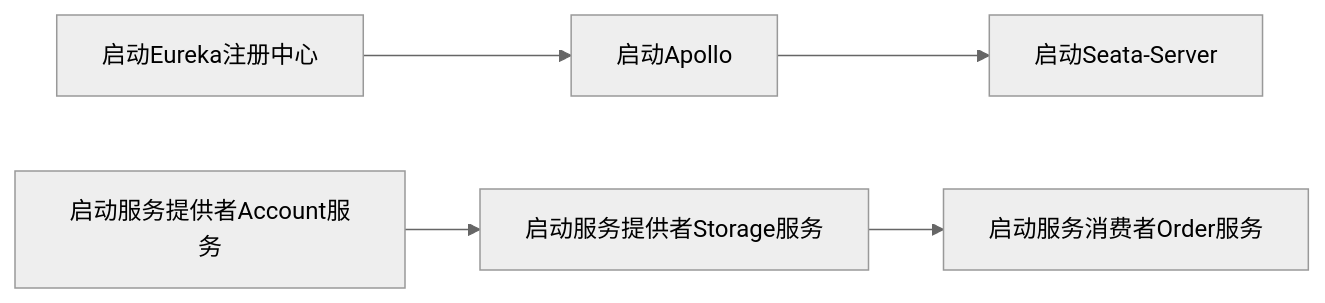
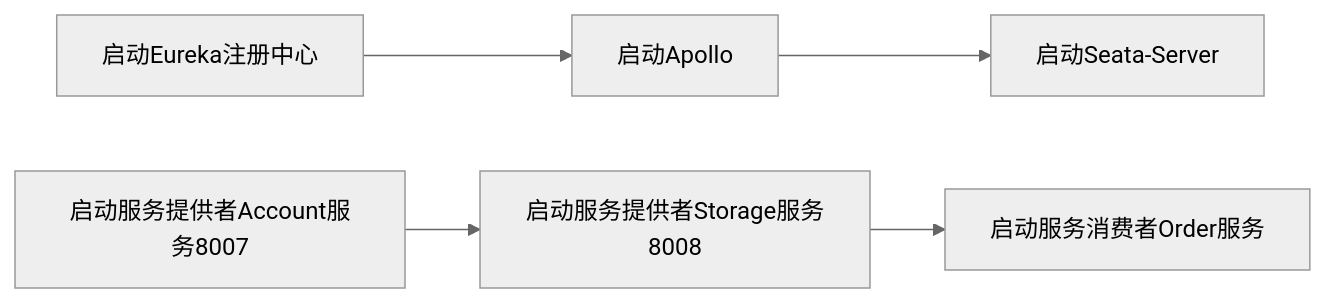
Before and after one commit to lingwh1995/books: diagram 26 of 26 in backend/springcloud/springcloud-eureka/springcloud-eureka.md, drawn with Mermaid (neutral theme). The commit also changed other lines of this file, not shown here.

Commit message:
更新内容

````diff
--- a/backend/springcloud/springcloud-eureka/springcloud-eureka.md
+++ b/backend/springcloud/springcloud-eureka/springcloud-eureka.md
@@ -2186,7 +2186,7 @@
 ```mermaid
 flowchart LR
     启动Eureka注册中心-->启动Apollo
 	启动Apollo-->启动Seata-Server
-    启动服务提供者Account服务-->启动服务提供者Storage服务
-    启动服务提供者Storage服务-->启动服务消费者Order服务
+    启动服务提供者Account服务8007-->启动服务提供者Storage服务8008
+    启动服务提供者Storage服务8008-->启动服务消费者Order服务
 ```
````
